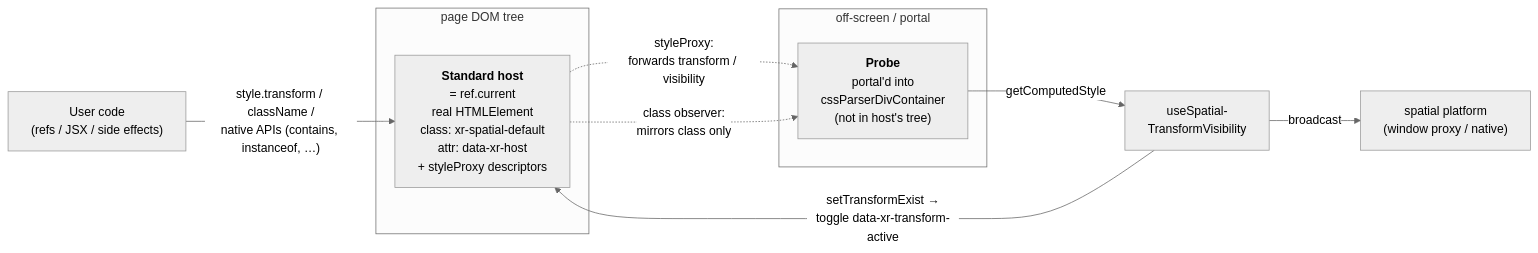
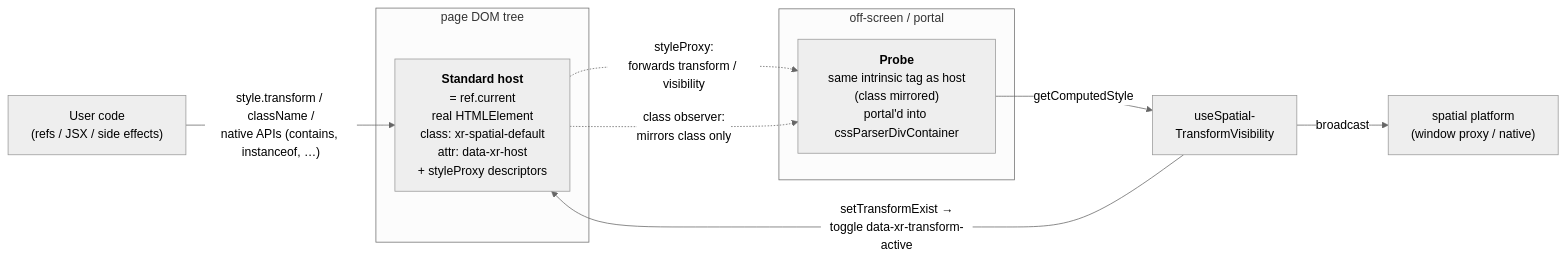
The first of 3 diagrams in packages/react/src/spatialized-container/ARCHITECTURE.md (webspatial/webspatial-sdk), drawn with Mermaid (neutral theme) before and after one commit. The commit also changed other lines of this file and 2 other files, not shown here.

First line of the commit message:
docs: SpatialDiv CSS quirks and probe tag architecture

````diff
--- a/packages/react/src/spatialized-container/ARCHITECTURE.md
+++ b/packages/react/src/spatialized-container/ARCHITECTURE.md
@@ -17,22 +17,22 @@
 ```mermaid
 flowchart LR
     User["User code<br/>(refs / JSX / side effects)"]
 
     subgraph DOM["page DOM tree"]
         Host["<b>Standard host</b><br/>= ref.current<br/>real HTMLElement<br/>class: xr-spatial-default<br/>attr: data-xr-host<br/>+ styleProxy descriptors"]
     end
 
     subgraph Hidden["off-screen / portal"]
-        Probe["<b>Probe</b><br/>portal'd into<br/>cssParserDivContainer<br/>(not in host's tree)"]
+        Probe["<b>Probe</b><br/>same intrinsic tag as host<br/>(class mirrored)<br/>portal'd into cssParserDivContainer"]
     end
 
     Watcher["useSpatial-<br/>TransformVisibility"]
     Platform["spatial platform<br/>(window proxy / native)"]
 
     User -->|"style.transform / className /<br/>native APIs (contains, instanceof, …)"| Host
     Host -.->|"styleProxy:<br/>forwards transform / visibility"| Probe
     Host -.->|"class observer:<br/>mirrors class only"| Probe
     Probe -->|"getComputedStyle"| Watcher
     Watcher -->|"broadcast"| Platform
     Watcher -->|"setTransformExist →<br/>toggle data-xr-transform-active"| Host
 ```
````
